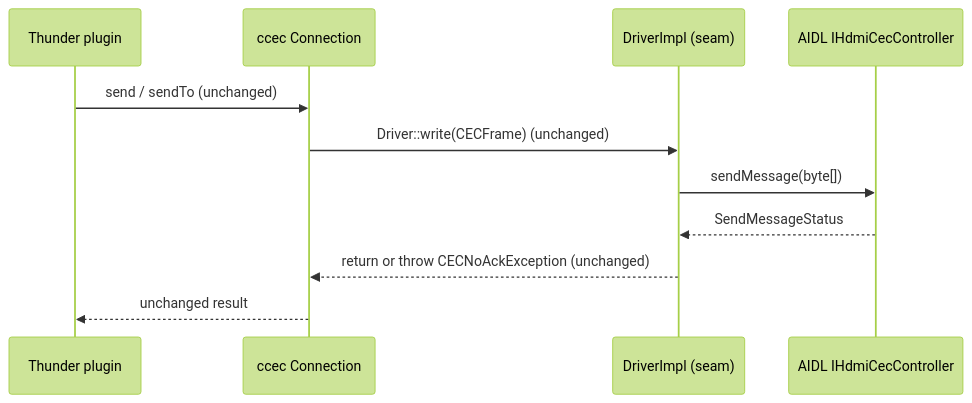
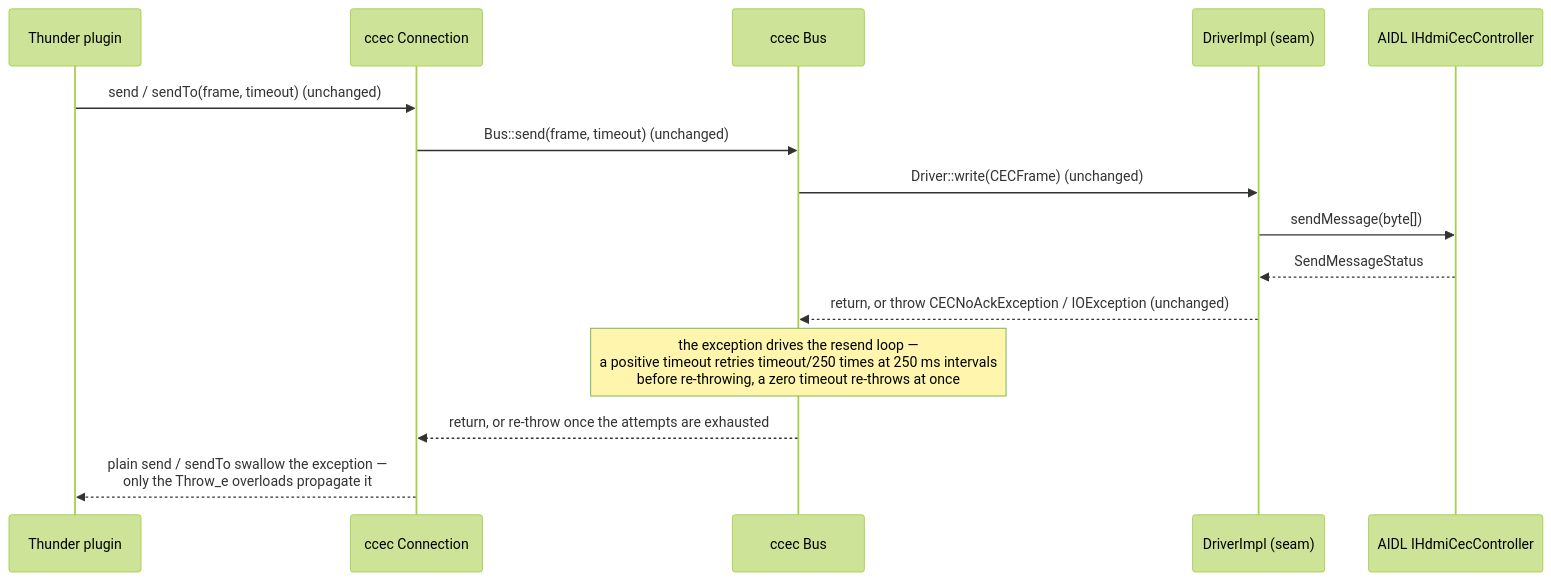
The second of 3 diagrams in hdmicec/current/docs/migration_mapping.md (Blitzy-Sky/rdk-halif-aidl), drawn with Mermaid (forest theme) before and after one commit. The commit also changed other lines of this file, not shown here.

First line of the commit message:
docs(hdmicec): correct CEC migration-mapping lifecycle, data-flow and Binder claims

````diff
--- a/hdmicec/current/docs/migration_mapping.md
+++ b/hdmicec/current/docs/migration_mapping.md
@@ -405,13 +434,17 @@
 ```mermaid
 sequenceDiagram
     participant PL as Thunder plugin
     participant CN as ccec Connection
+    participant BU as ccec Bus
     participant DR as DriverImpl (seam)
     participant HAL as AIDL IHdmiCecController
-    PL->>CN: send / sendTo (unchanged)
-    CN->>DR: Driver::write(CECFrame) (unchanged)
+    PL->>CN: send / sendTo(frame, timeout) (unchanged)
+    CN->>BU: Bus::send(frame, timeout) (unchanged)
+    BU->>DR: Driver::write(CECFrame) (unchanged)
     DR->>HAL: sendMessage(byte[])
     HAL-->>DR: SendMessageStatus
-    DR-->>CN: return or throw CECNoAckException (unchanged)
-    CN-->>PL: unchanged result
+    DR-->>BU: return, or throw CECNoAckException / IOException (unchanged)
+    Note over BU: the exception drives the resend loop —<br/>a positive timeout retries timeout/250 times at 250 ms intervals<br/>before re-throwing, a zero timeout re-throws at once
+    BU-->>CN: return, or re-throw once the attempts are exhausted
+    CN-->>PL: plain send / sendTo swallow the exception —<br/>only the Throw_e overloads propagate it
 ```
````
